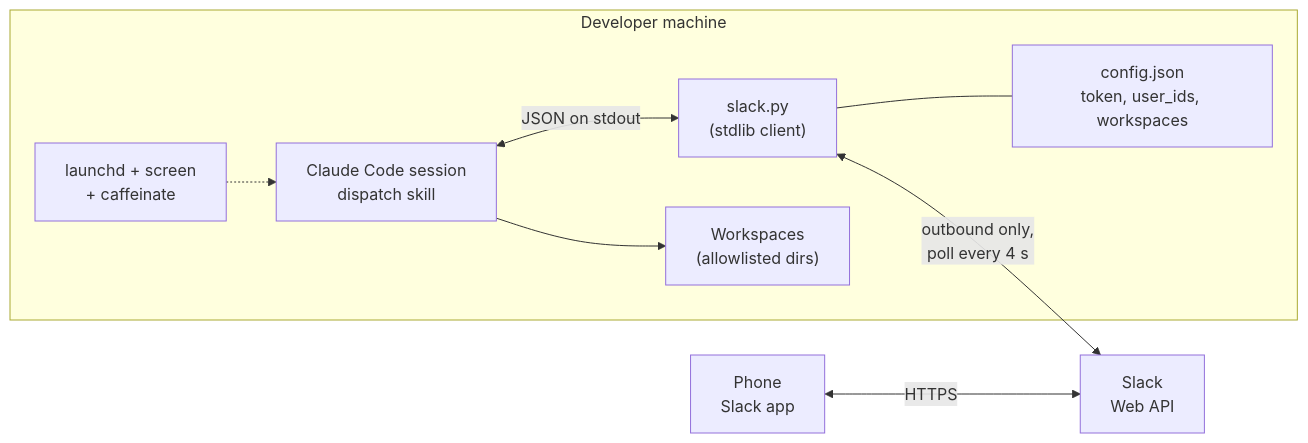
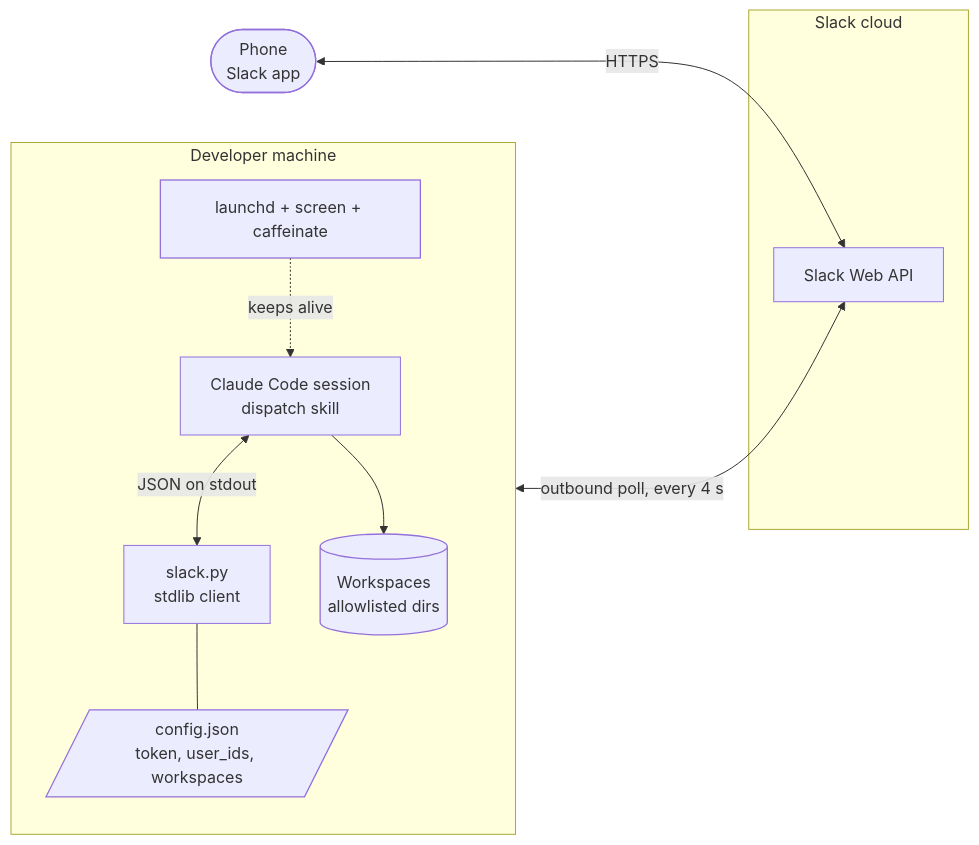
The first of 5 diagrams in src/content/docs/slack-relay/system-design.md (dai-3235/docs), drawn with Mermaid before and after one commit. The commit also changed other lines of this file and 20 other files, not shown here.

Commit message:
Redesign site: hybrid semantic search, accent themes, styled diagrams

````diff
--- a/src/content/docs/slack-relay/system-design.md
+++ b/src/content/docs/slack-relay/system-design.md
@@ -42,16 +42,25 @@
 ```mermaid
 flowchart LR
-  P["Phone<br/>Slack app"] <-->|HTTPS| SL["Slack<br/>Web API"]
+  classDef human stroke-width:1.3px
+  classDef store stroke-width:1.3px
+  classDef ops stroke-width:1.3px
+  classDef risk stroke-width:1.3px
+  P(["Phone<br/>Slack app"]):::human
+  subgraph Cloud["Slack cloud"]
+    SL["Slack Web API"]
+  end
   subgraph Mac["Developer machine"]
-    SC["slack.py<br/>(stdlib client)"]
+    direction TB
+    SC["slack.py<br/>stdlib client"]
     AG["Claude Code session<br/>dispatch skill"]
-    WS["Workspaces<br/>(allowlisted dirs)"]
-    CF["config.json<br/>token, user_ids, workspaces"]
-    LD["launchd + screen<br/>+ caffeinate"]
+    WS[("Workspaces<br/>allowlisted dirs")]:::store
+    CF[/"config.json<br/>token, user_ids, workspaces"/]:::store
+    LD["launchd + screen + caffeinate"]:::ops
   end
-  SC <-->|"outbound only,<br/>poll every 4 s"| SL
+  P <-->|HTTPS| SL
+  SC <-->|"outbound poll, every 4 s"| SL
   SC --- CF
   AG <-->|"JSON on stdout"| SC
   AG --> WS
-  LD -.-> AG
+  LD -.->|keeps alive| AG
 ```
````
